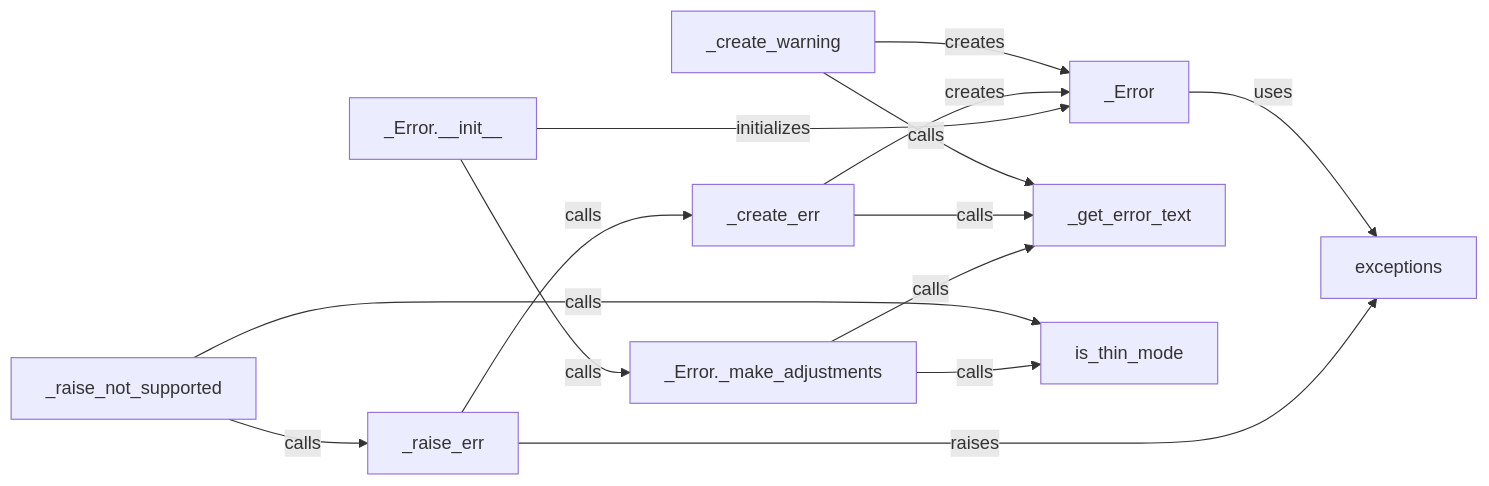
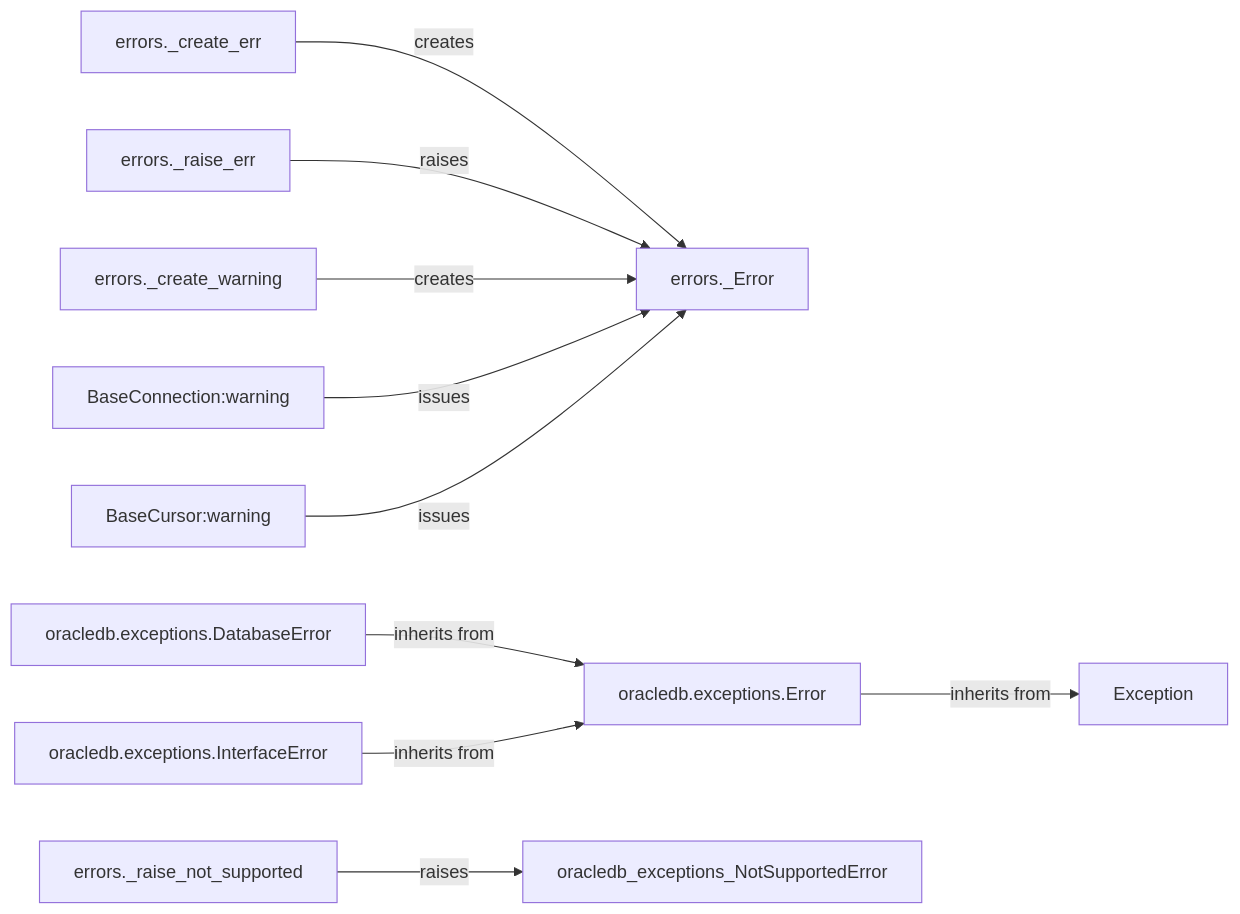
The diagram in python-oracledb/Error and Exception Handling.md (CodeBoarding/GeneratedOnBoardings), drawn with Mermaid before and after one commit. The commit also changed other lines of this file and 10 other files, not shown here.

````diff
--- a/python-oracledb/Error and Exception Handling.md
+++ b/python-oracledb/Error and Exception Handling.md
@@ -1,26 +1,22 @@
 ```mermaid
 graph LR
-    _Error["_Error"]
-    _Error___init__["_Error.__init__"]
-    _Error__make_adjustments["_Error._make_adjustments"]
-    _get_error_text["_get_error_text"]
-    _create_err["_create_err"]
-    _create_warning["_create_warning"]
-    _raise_err["_raise_err"]
-    _raise_not_supported["_raise_not_supported"]
-    is_thin_mode["is_thin_mode"]
-    exceptions["exceptions"]
-    _Error___init__ -- "initializes" --> _Error
-    _Error___init__ -- "calls" --> _Error__make_adjustments
-    _Error__make_adjustments -- "calls" --> is_thin_mode
-    _Error__make_adjustments -- "calls" --> _get_error_text
-    _create_err -- "calls" --> _get_error_text
-    _create_err -- "creates" --> _Error
-    _create_warning -- "calls" --> _get_error_text
-    _create_warning -- "creates" --> _Error
-    _raise_err -- "calls" --> _create_err
-    _raise_err -- "raises" --> exceptions
-    _raise_not_supported -- "calls" --> is_thin_mode
-    _raise_not_supported -- "calls" --> _raise_err
-    _Error -- "uses" --> exceptions
+    errors__Error["errors._Error"]
+    errors__create_err["errors._create_err"]
+    errors__raise_err["errors._raise_err"]
+    errors__create_warning["errors._create_warning"]
+    BaseConnection_warning["BaseConnection:warning"]
+    BaseCursor_warning["BaseCursor:warning"]
+    oracledb_exceptions_Error["oracledb.exceptions.Error"]
+    oracledb_exceptions_DatabaseError["oracledb.exceptions.DatabaseError"]
+    oracledb_exceptions_InterfaceError["oracledb.exceptions.InterfaceError"]
+    errors__raise_not_supported["errors._raise_not_supported"]
+    errors__create_err -- "creates" --> errors__Error
+    errors__raise_err -- "raises" --> errors__Error
+    errors__create_warning -- "creates" --> errors__Error
+    BaseConnection_warning -- "issues" --> errors__Error
+    BaseCursor_warning -- "issues" --> errors__Error
+    oracledb_exceptions_Error -- "inherits from" --> Exception
+    oracledb_exceptions_DatabaseError -- "inherits from" --> oracledb_exceptions_Error
+    oracledb_exceptions_InterfaceError -- "inherits from" --> oracledb_exceptions_Error
+    errors__raise_not_supported -- "raises" --> oracledb_exceptions_NotSupportedError
 ```
````
